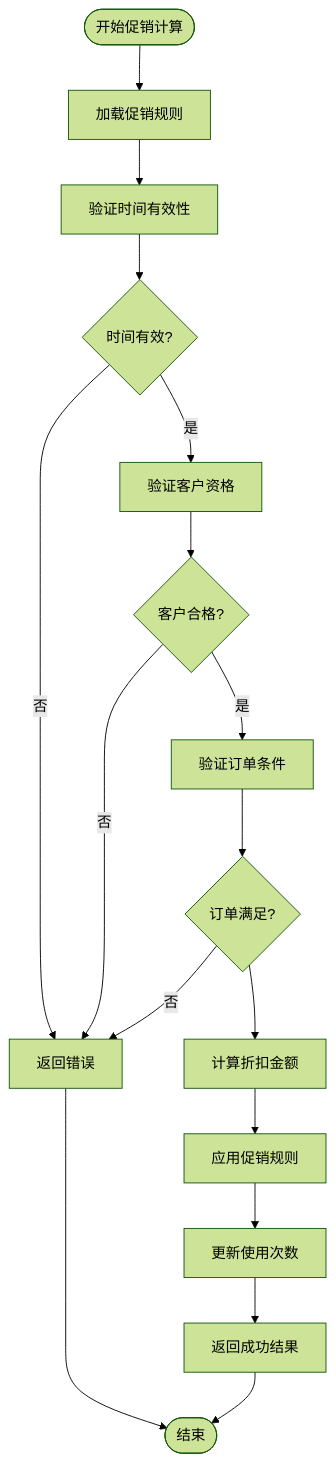
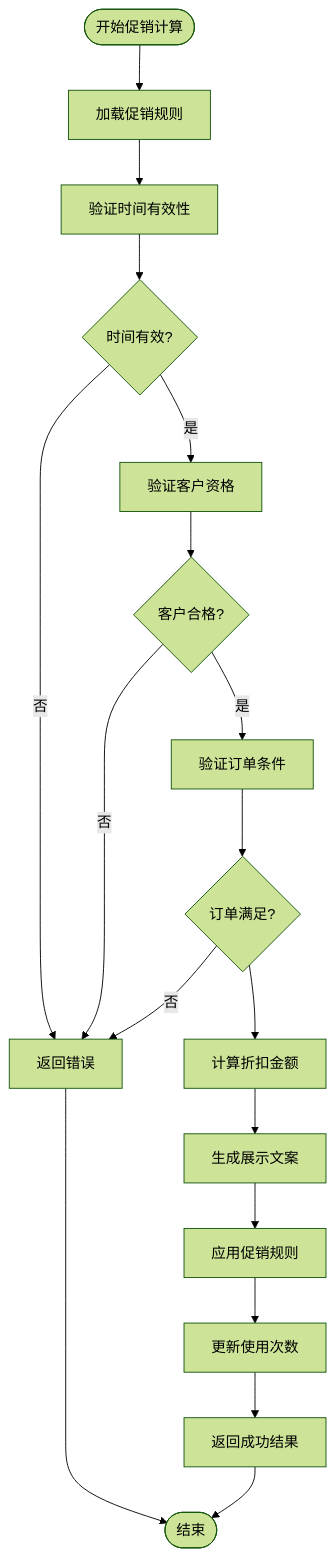
The sixth of 38 diagrams in .qoder/repowiki/zh/content/业务模块/营销推广模块/营销推广模块.md (rc558620/purelyprofit-server), drawn with Mermaid (forest theme) before and after one commit. The commit also changed other lines of this file and 25 other files, not shown here.

````diff
--- a/.qoder/repowiki/zh/content/业务模块/营销推广模块/营销推广模块.md
+++ b/.qoder/repowiki/zh/content/业务模块/营销推广模块/营销推广模块.md
@@ -437,19 +394,20 @@
 ```mermaid
 flowchart TD
 Start([开始促销计算]) --> LoadPromotion["加载促销规则"]
 LoadPromotion --> ValidateTime["验证时间有效性"]
 ValidateTime --> TimeValid{"时间有效?"}
 TimeValid --> |否| ReturnError["返回错误"]
 TimeValid --> |是| ValidateCustomer["验证客户资格"]
 ValidateCustomer --> CustomerValid{"客户合格?"}
 CustomerValid --> |否| ReturnError
 CustomerValid --> |是| ValidateOrder["验证订单条件"]
 ValidateOrder --> OrderValid{"订单满足?"}
 OrderValid --> |否| ReturnError
 OrderValid --> CalculateDiscount["计算折扣金额"]
-CalculateDiscount --> ApplyPromotion["应用促销规则"]
+CalculateDiscount --> GenerateDisplayText["生成展示文案"]
+GenerateDisplayText --> ApplyPromotion["应用促销规则"]
 ApplyPromotion --> UpdateUsage["更新使用次数"]
 UpdateUsage --> Success["返回成功结果"]
 ReturnError --> End([结束])
 Success --> End
 ```
````
